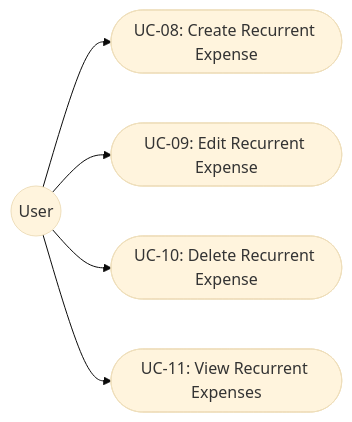
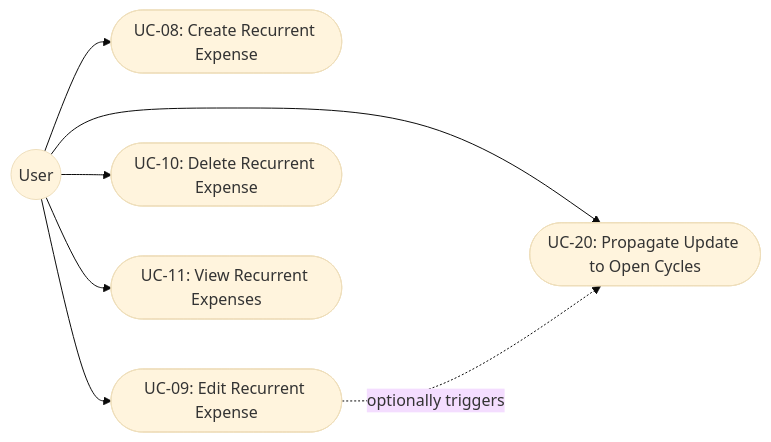
Before and after one commit to jcarranz97/colony: the fourth of 6 diagrams in docs/use-cases.md, drawn with Mermaid (base theme). The commit also changed other lines of this file and 13 other files, not shown here.

First line of the commit message:
feat: propagate recurrent expense updates to open cycle expenses (#70)

````diff
--- a/docs/use-cases.md
+++ b/docs/use-cases.md
@@ -276,14 +277,17 @@
 ```mermaid
 graph LR
     User((User))
 
     UC08([UC-08: Create Recurrent Expense])
     UC09([UC-09: Edit Recurrent Expense])
     UC10([UC-10: Delete Recurrent Expense])
     UC11([UC-11: View Recurrent Expenses])
+    UC20([UC-20: Propagate Update to Open Cycles])
 
     User --> UC08
     User --> UC09
     User --> UC10
     User --> UC11
+    User --> UC20
+    UC09 -.->|optionally triggers| UC20
 ```
````
